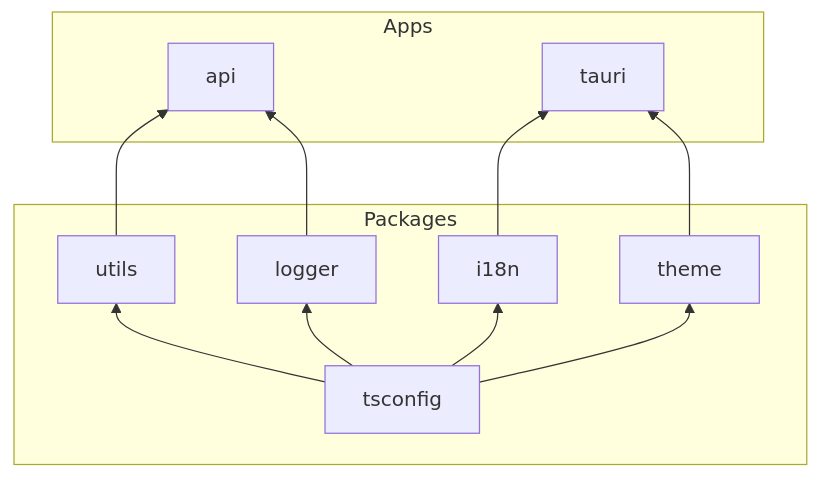
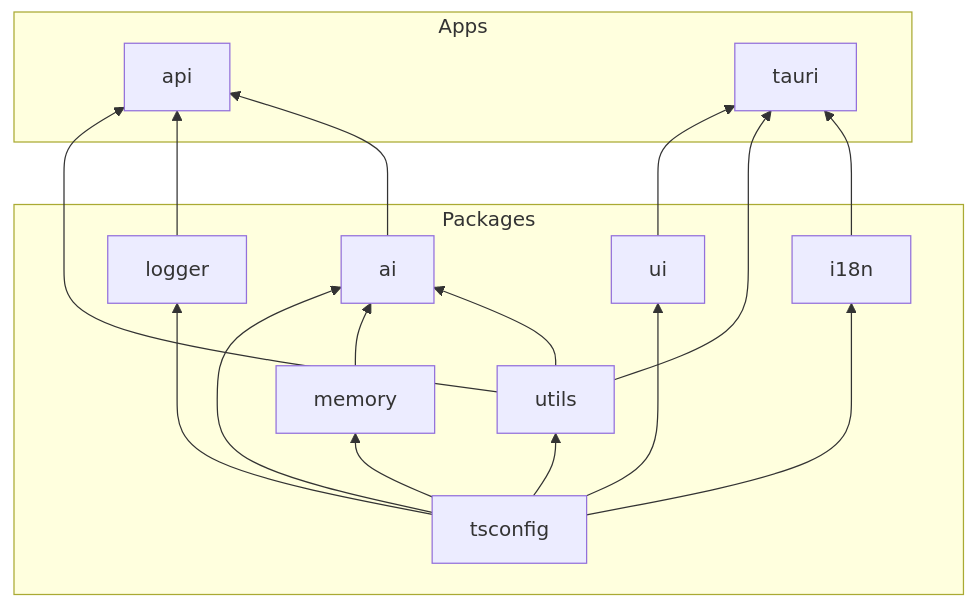
The diagram in docs/README.md (Pleasurecruise/leedshack-digitalpet), drawn with Mermaid before and after one commit. The commit also changed other lines of this file and 7 other files, not shown here.

````diff
--- a/docs/README.md
+++ b/docs/README.md
@@ -18,21 +20,27 @@
 ```mermaid
 graph BT
     subgraph Packages
         TSCONFIG[tsconfig]
         UTILS[utils]
         I18N[i18n]
-        THEME[theme]
         LOGGER[logger]
+        MEMORY[memory]
+        AI[ai]
+        UI[ui]
     end
 
     subgraph Apps
         API[api]
         TAURI[tauri]
     end
 
-    TSCONFIG --> UTILS & I18N & THEME & LOGGER
+    TSCONFIG --> UTILS & I18N & LOGGER & MEMORY & AI & UI
     UTILS --> API
     LOGGER --> API
+    AI --> API
+    MEMORY --> AI
+    UTILS --> AI
+    UI --> TAURI
+    UTILS --> TAURI
     I18N --> TAURI
-    THEME --> TAURI
 ```
````
